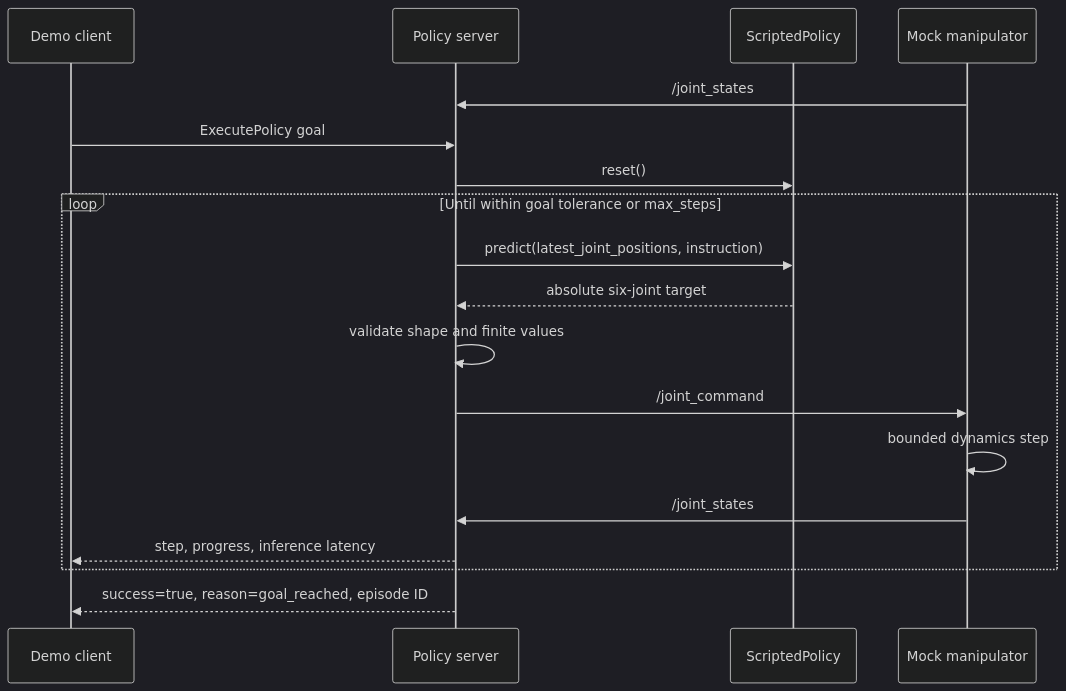
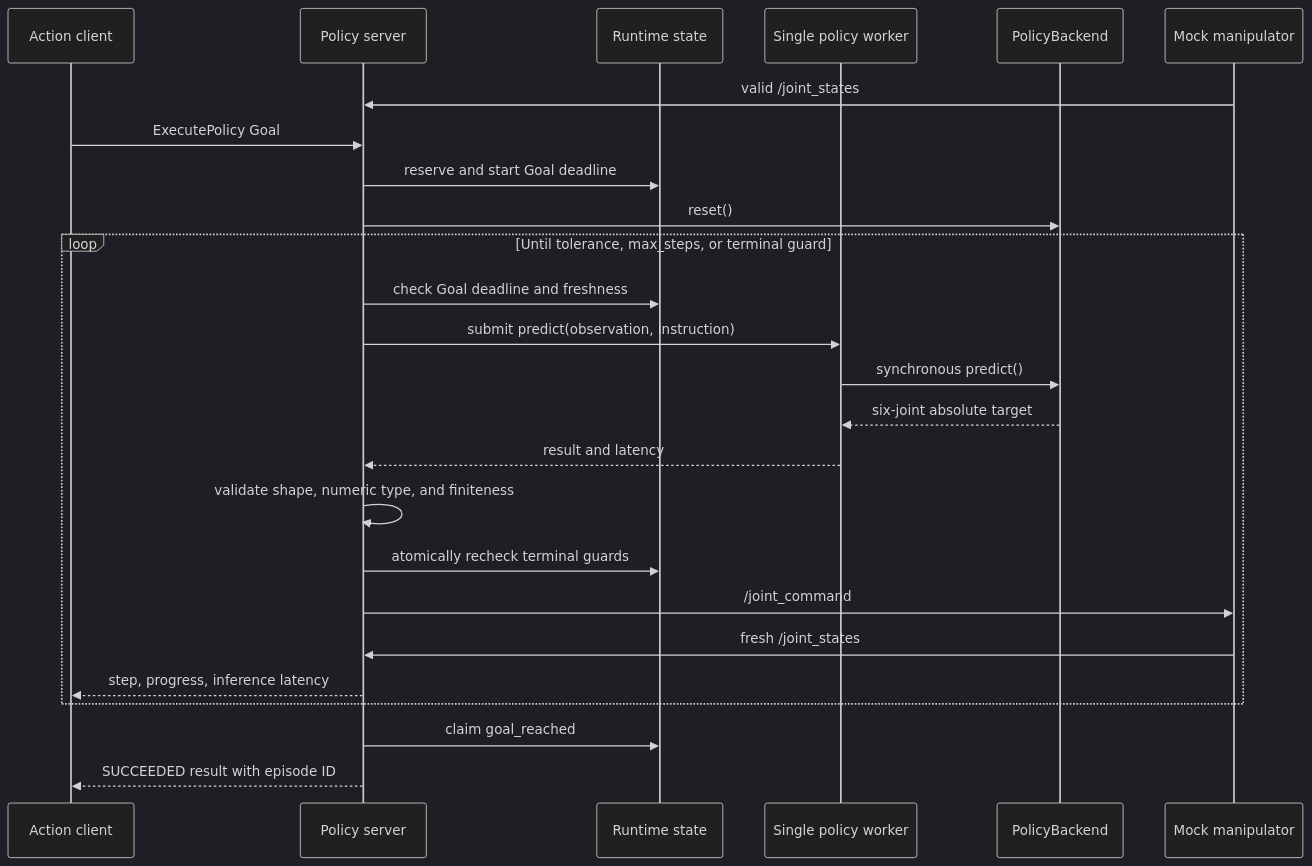
The third of 3 diagrams in docs/architecture.md (Yanagisawa2002/PolicyBridge-ROS2), drawn with Mermaid (dark theme) before and after one commit. The commit also changed other lines of this file and 12 other files, not shown here.

Commit message:
feat: add PolicyBridge runtime fault handling

````diff
--- a/docs/architecture.md
+++ b/docs/architecture.md
@@ -84,21 +135,28 @@
 ```mermaid
 sequenceDiagram
-    participant C as Demo client
+    participant C as Action client
     participant S as Policy server
-    participant P as ScriptedPolicy
+    participant R as Runtime state
+    participant W as Single policy worker
+    participant P as PolicyBackend
     participant M as Mock manipulator
 
-    M->>S: /joint_states
-    C->>S: ExecutePolicy goal
+    M->>S: valid /joint_states
+    C->>S: ExecutePolicy Goal
+    S->>R: reserve and start Goal deadline
     S->>P: reset()
-    loop Until within goal tolerance or max_steps
-        S->>P: predict(latest_joint_positions, instruction)
-        P-->>S: absolute six-joint target
-        S->>S: validate shape and finite values
+    loop Until tolerance, max_steps, or terminal guard
+        S->>R: check Goal deadline and freshness
+        S->>W: submit predict(observation, instruction)
+        W->>P: synchronous predict()
+        P-->>W: six-joint absolute target
+        W-->>S: result and latency
+        S->>S: validate shape, numeric type, and finiteness
+        S->>R: atomically recheck terminal guards
         S->>M: /joint_command
-        M->>M: bounded dynamics step
-        M->>S: /joint_states
+        M->>S: fresh /joint_states
         S-->>C: step, progress, inference latency
     end
-    S-->>C: success=true, reason=goal_reached, episode ID
+    S->>R: claim goal_reached
+    S-->>C: SUCCEEDED result with episode ID
 ```
````
